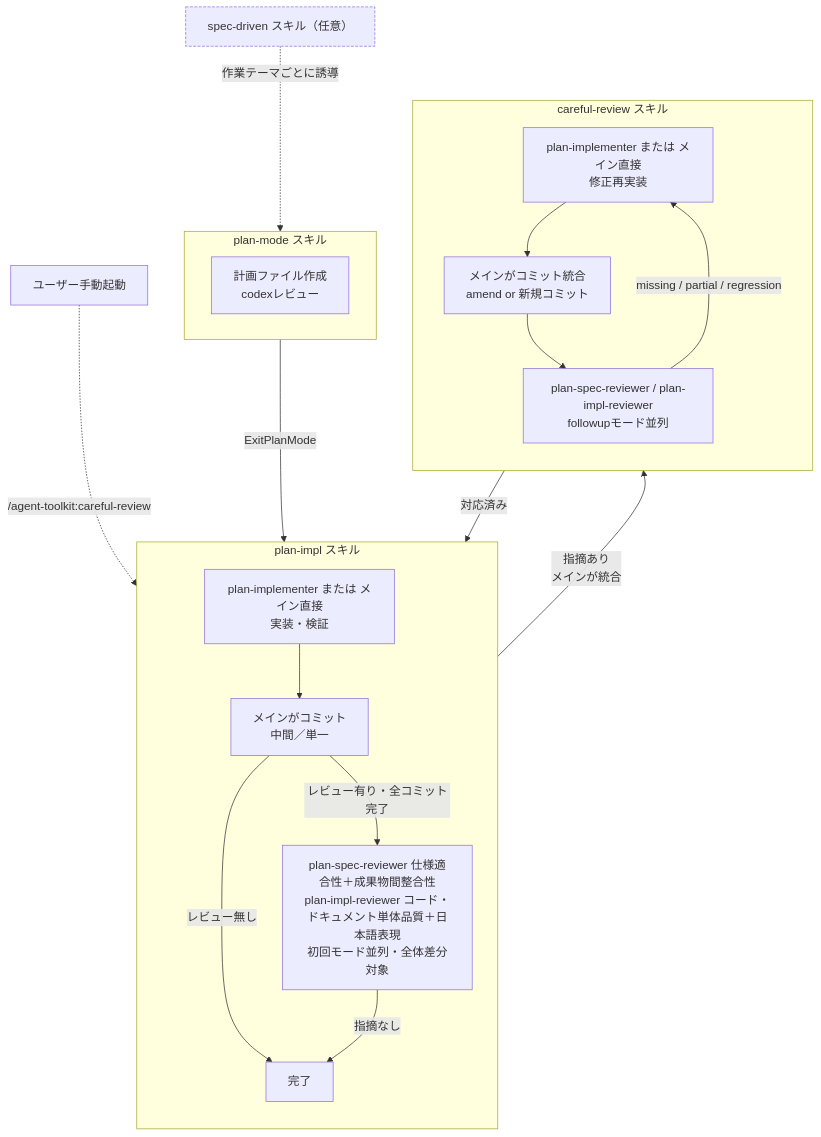
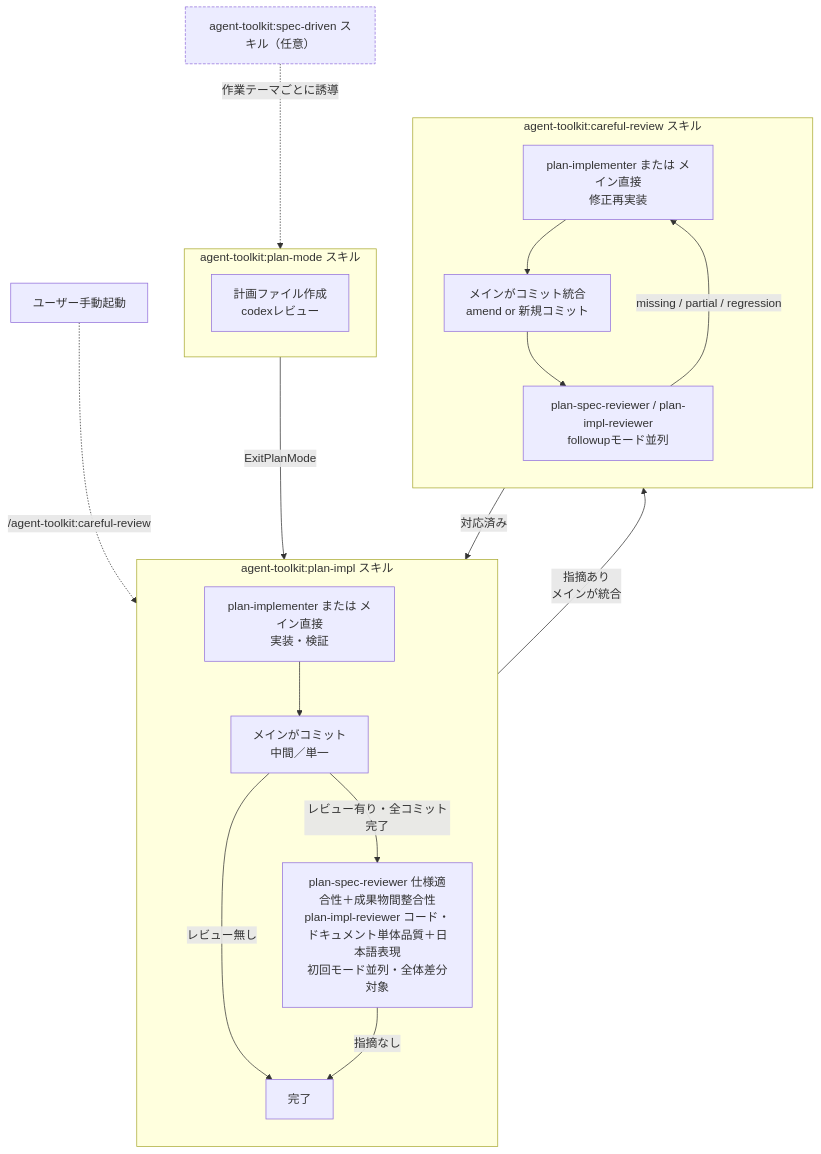
The diagram in .claude/skills/agent-toolkit-edit/SKILL.md (ak110/dotfiles), drawn with Mermaid before and after one commit. The commit also changed other lines of this file, not shown here.

Commit message:
chore(skill): agent-toolkit-editにスキル参照プレフィックス統一方針を追記する

````diff
--- a/.claude/skills/agent-toolkit-edit/SKILL.md
+++ b/.claude/skills/agent-toolkit-edit/SKILL.md
@@ -64,28 +67,28 @@
 ```mermaid
 flowchart TB
-    SD["spec-driven スキル（任意）"]:::sd
-    subgraph PM["plan-mode スキル"]
+    SD["agent-toolkit:spec-driven スキル（任意）"]:::sd
+    subgraph PM["agent-toolkit:plan-mode スキル"]
       P[計画ファイル作成<br/>codexレビュー]
     end
-    subgraph PI["plan-impl スキル"]
+    subgraph PI["agent-toolkit:plan-impl スキル"]
       direction TB
       T[plan-implementer または メイン直接<br/>実装・検証] --> CM[メインがコミット<br/>中間／単一]
       CM -->|レビュー無し| END[完了]
       CM -->|レビュー有り・全コミット完了| CR
     end
-    subgraph CRS["careful-review スキル"]
+    subgraph CRS["agent-toolkit:careful-review スキル"]
       direction TB
       CR[plan-spec-reviewer 仕様適合性＋成果物間整合性<br/>plan-impl-reviewer コード・ドキュメント単体品質＋日本語表現<br/>初回モード並列・全体差分対象]
       CR -->|指摘あり<br/>メインが統合| T2[plan-implementer または メイン直接<br/>修正再実装]
       T2 --> CFix[メインがコミット統合<br/>amend or 新規コミット]
       CFix --> R2[plan-spec-reviewer / plan-impl-reviewer<br/>followupモード並列]
       R2 -->|missing / partial / regression| T2
       CR -->|指摘なし| END
       R2 -->|対応済み| END
     end
     SD -.->|作業テーマごとに誘導| PM
     PM -->|ExitPlanMode| PI
     User[ユーザー手動起動] -.->|/agent-toolkit:careful-review| CR
 
     classDef sd stroke-dasharray: 4 2
 ```
````
